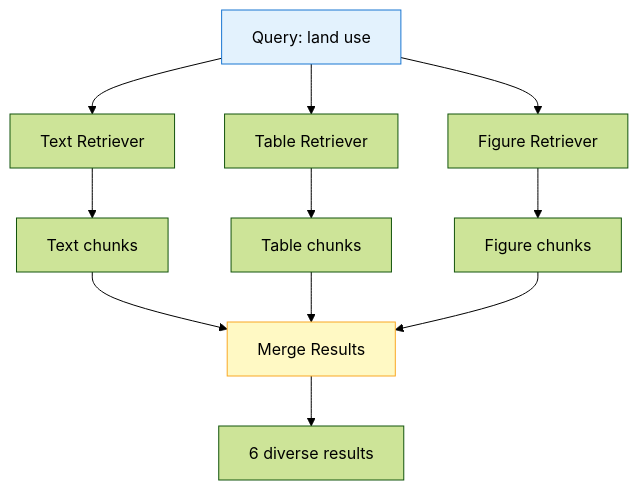
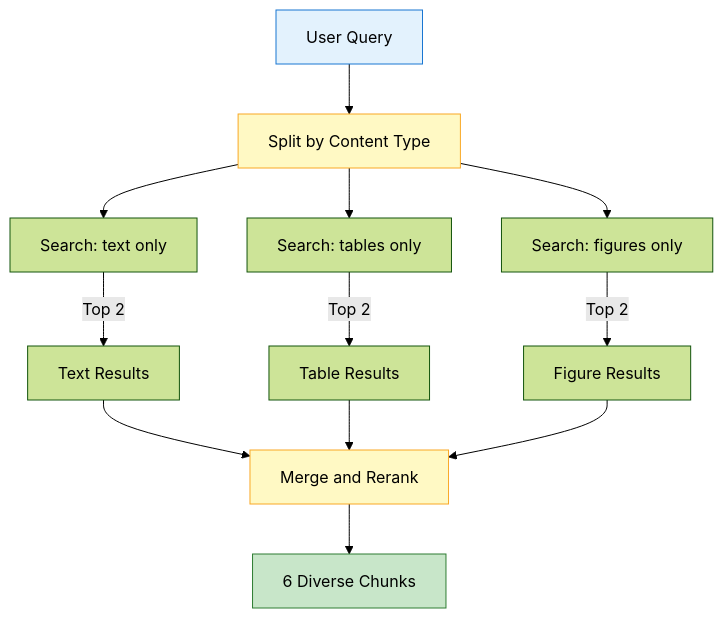
Before and after one commit to roie9876/RAG-WorkShop: diagram 17 of 22 in modules/module-5-search/README.md, drawn with Mermaid (forest theme). The commit also changed other lines of this file, not shown here.

````diff
--- a/modules/module-5-search/README.md
+++ b/modules/module-5-search/README.md
@@ -402,19 +627,23 @@
 ```mermaid
 flowchart TB
-    QUERY[Query: land use] --> R1[Text Retriever]
-    QUERY --> R2[Table Retriever]
-    QUERY --> R3[Figure Retriever]
+    QUERY[User Query] --> SPLIT[Split by Content Type]
     
-    R1 --> RES1[Text chunks]
-    R2 --> RES2[Table chunks]
-    R3 --> RES3[Figure chunks]
+    SPLIT --> R1[Search: text only]
+    SPLIT --> R2[Search: tables only]
+    SPLIT --> R3[Search: figures only]
     
-    RES1 --> MERGE[Merge Results]
+    R1 -->|Top 2| RES1[Text Results]
+    R2 -->|Top 2| RES2[Table Results]
+    R3 -->|Top 2| RES3[Figure Results]
+    
+    RES1 --> MERGE[Merge and Rerank]
     RES2 --> MERGE
     RES3 --> MERGE
     
-    MERGE --> FINAL[6 diverse results]
+    MERGE --> FINAL[6 Diverse Chunks]
     
     style QUERY fill:#e3f2fd,stroke:#1976d2
+    style SPLIT fill:#fff9c4,stroke:#f9a825
     style MERGE fill:#fff9c4,stroke:#f9a825
+    style FINAL fill:#c8e6c9,stroke:#2e7d32
 ```
````
